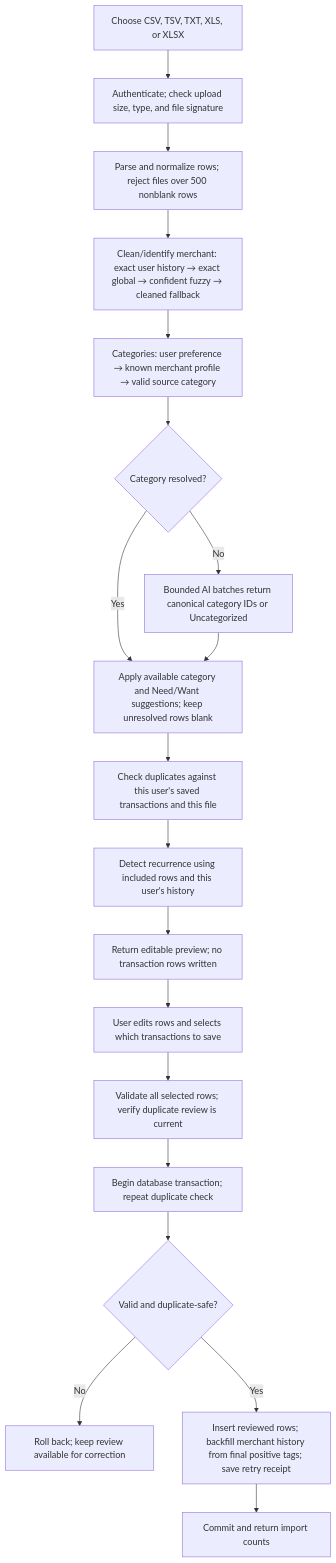
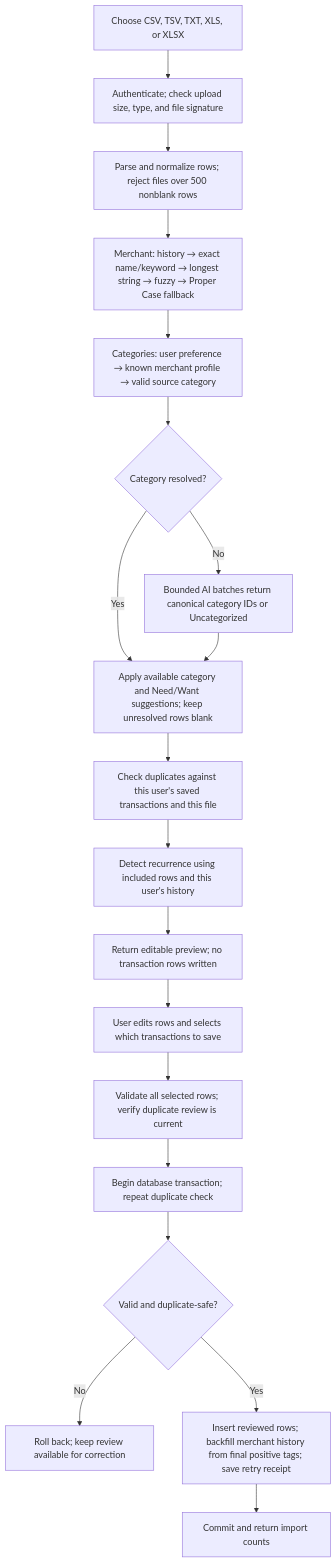
Before and after one commit to kapiltayal/FinVision360: the first of 3 diagrams in docs/Transaction_ingestion_&_processing.md, drawn with Mermaid. The commit also changed other lines of this file and 11 other files, not shown here.

````diff
--- a/docs/Transaction_ingestion_&_processing.md
+++ b/docs/Transaction_ingestion_&_processing.md
@@ -50,21 +50,21 @@
 ```mermaid
 flowchart TD
     A["Choose CSV, TSV, TXT, XLS, or XLSX"] --> B["Authenticate; check upload size, type, and file signature"]
     B --> C["Parse and normalize rows; reject files over 500 nonblank rows"]
-    C --> D["Clean/identify merchant: exact user history → exact global → confident fuzzy → cleaned fallback"]
+    C --> D["Merchant: history → exact name/keyword → longest string → fuzzy → Proper Case fallback"]
     D --> D1["Categories: user preference → known merchant profile → valid source category"]
     D1 --> E{"Category resolved?"}
     E -- "Yes" --> G["Apply available category and Need/Want suggestions; keep unresolved rows blank"]
     E -- "No" --> F["Bounded AI batches return canonical category IDs or Uncategorized"]
     F --> G
     G --> H["Check duplicates against this user's saved transactions and this file"]
     H --> H1["Detect recurrence using included rows and this user's history"]
     H1 --> I["Return editable preview; no transaction rows written"]
     I --> J["User edits rows and selects which transactions to save"]
     J --> K["Validate all selected rows; verify duplicate review is current"]
     K --> L["Begin database transaction; repeat duplicate check"]
     L --> M{"Valid and duplicate-safe?"}
     M -- "No" --> N["Roll back; keep review available for correction"]
     M -- "Yes" --> O["Insert reviewed rows; backfill merchant history from final positive tags; save retry receipt"]
     O --> P["Commit and return import counts"]
 ```
````
